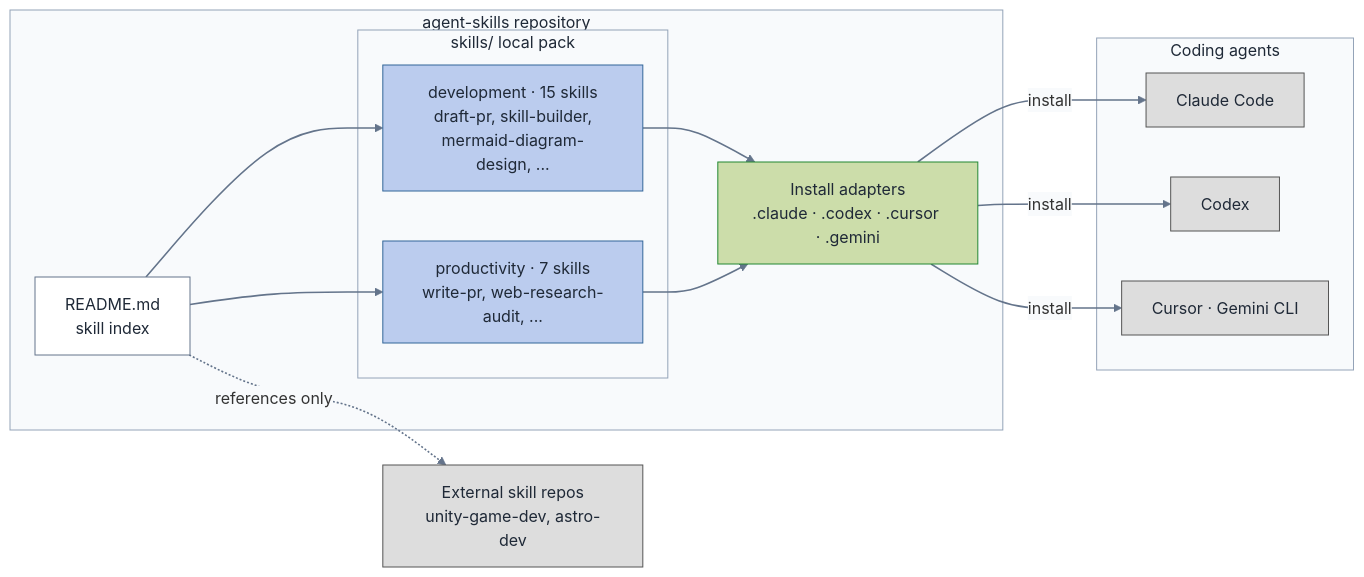
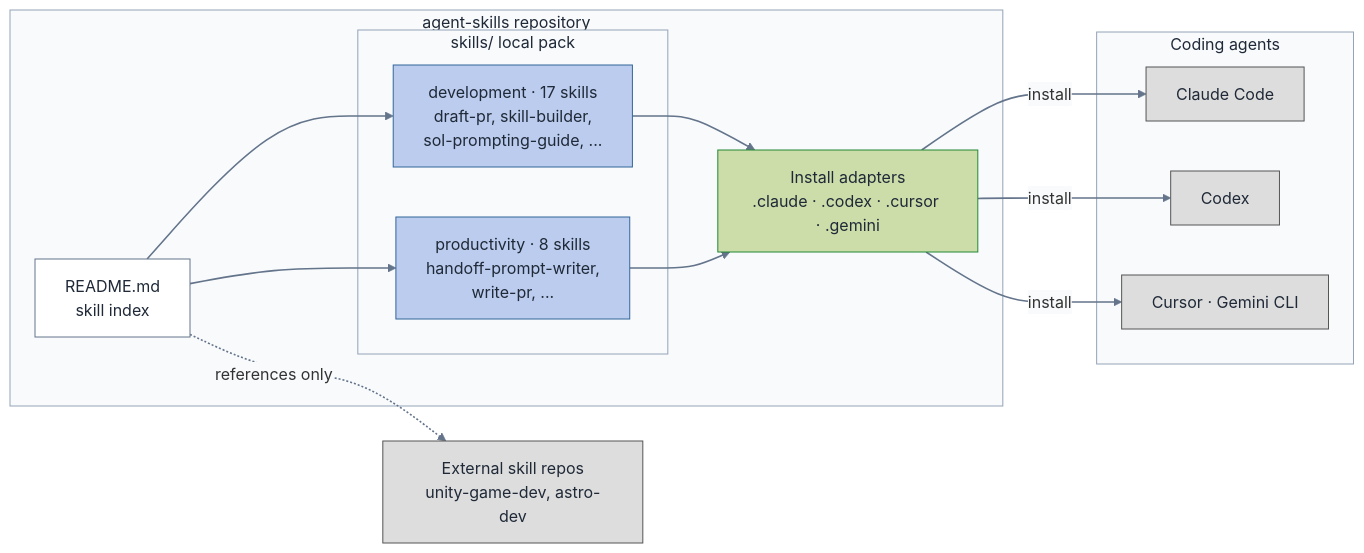
One commit to gigio1023/agent-skills changed the diagram in docs/repo-structure.md. Above: the diagram before and after it, drawn with Mermaid. The commit also changed 12 other files, not shown here.

Commit message:
feat: add agent prompt guide skills

````diff
--- a/docs/repo-structure.md
+++ b/docs/repo-structure.md
@@ -8,46 +8,46 @@
 ```mermaid
 ---
 config:
   theme: base
   themeVariables:
     textColor: "#1f2937"
     edgeLabelBackground: "#f8fafc"
 ---
 flowchart LR
   accTitle: agent-skills repository structure
   accDescr: Local skills in two categories are indexed by the README, exposed through per-harness install adapters, and installed into coding agents. External skill repos are referenced but not packaged.
 
   subgraph repo ["agent-skills repository"]
     IDX["README.md<br/>skill index"]
     subgraph pack ["skills/ local pack"]
-      DEV["development · 15 skills<br/>draft-pr, skill-builder,<br/>mermaid-diagram-design, ..."]
-      PROD["productivity · 7 skills<br/>write-pr, web-research-audit, ..."]
+      DEV["development · 17 skills<br/>draft-pr, skill-builder,<br/>sol-prompting-guide, ..."]
+      PROD["productivity · 8 skills<br/>handoff-prompt-writer,<br/>write-pr, ..."]
     end
     ADP["Install adapters<br/>.claude · .codex · .cursor · .gemini"]
   end
 
   EXT["External skill repos<br/>unity-game-dev, astro-dev"]
 
   subgraph agents ["Coding agents"]
     CC["Claude Code"]
     CX["Codex"]
     OT["Cursor · Gemini CLI"]
   end
 
   IDX --> DEV & PROD
   IDX -.->|references only| EXT
   DEV & PROD --> ADP
   ADP -->|install| CC & CX & OT
 
   classDef packNode fill:#BBCCEE,stroke:#336699,color:#1f2937;
   classDef adapter fill:#CCDDAA,stroke:#228833,color:#1f2937;
   classDef outside fill:#DDDDDD,stroke:#555555,color:#1f2937;
   classDef boundary fill:#f8fafc,stroke:#94a3b8,color:#1f2937;
   classDef index fill:#ffffff,stroke:#64748b,color:#1f2937;
   class DEV,PROD packNode;
   class ADP adapter;
   class CC,CX,OT,EXT outside;
   class repo,pack,agents boundary;
   class IDX index;
   linkStyle default stroke:#64748b,stroke-width:1.6px;
 ```
````
